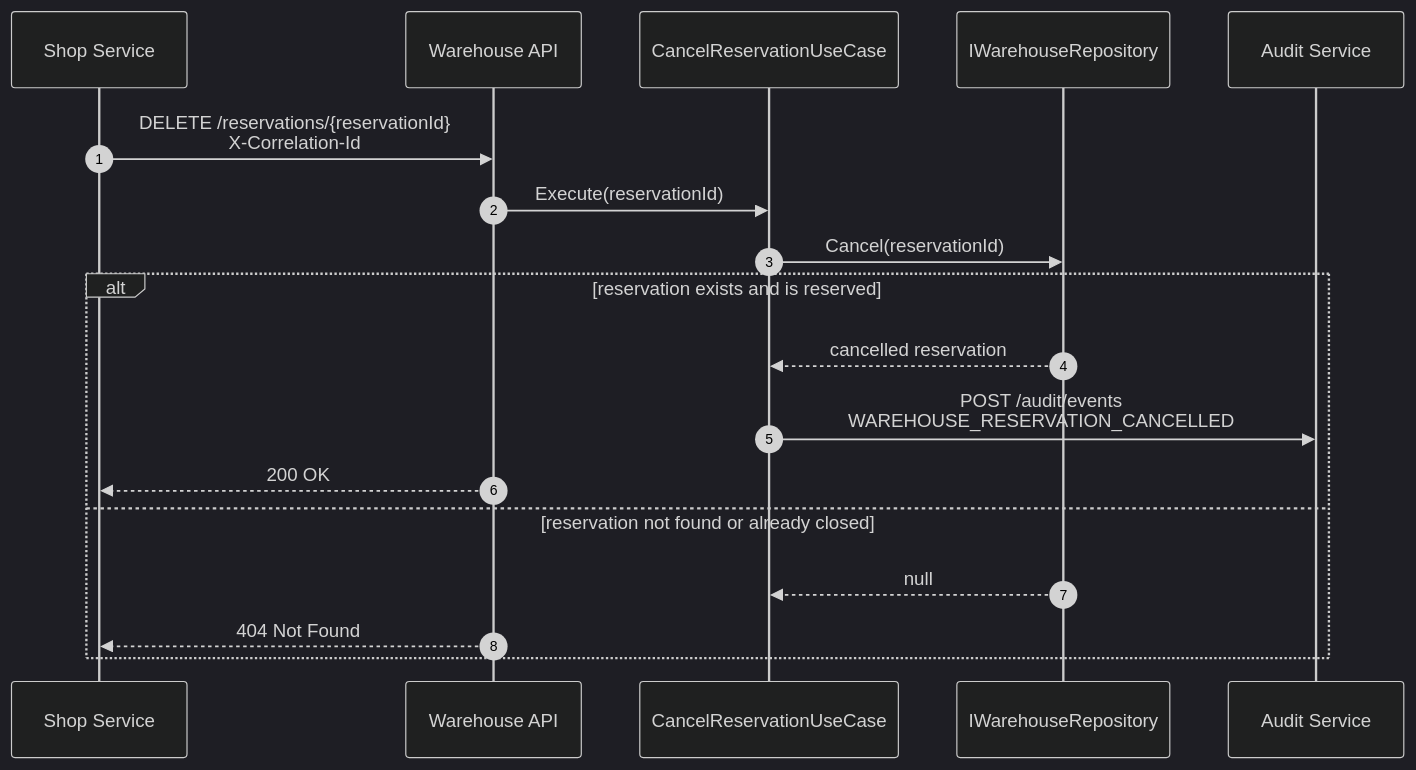
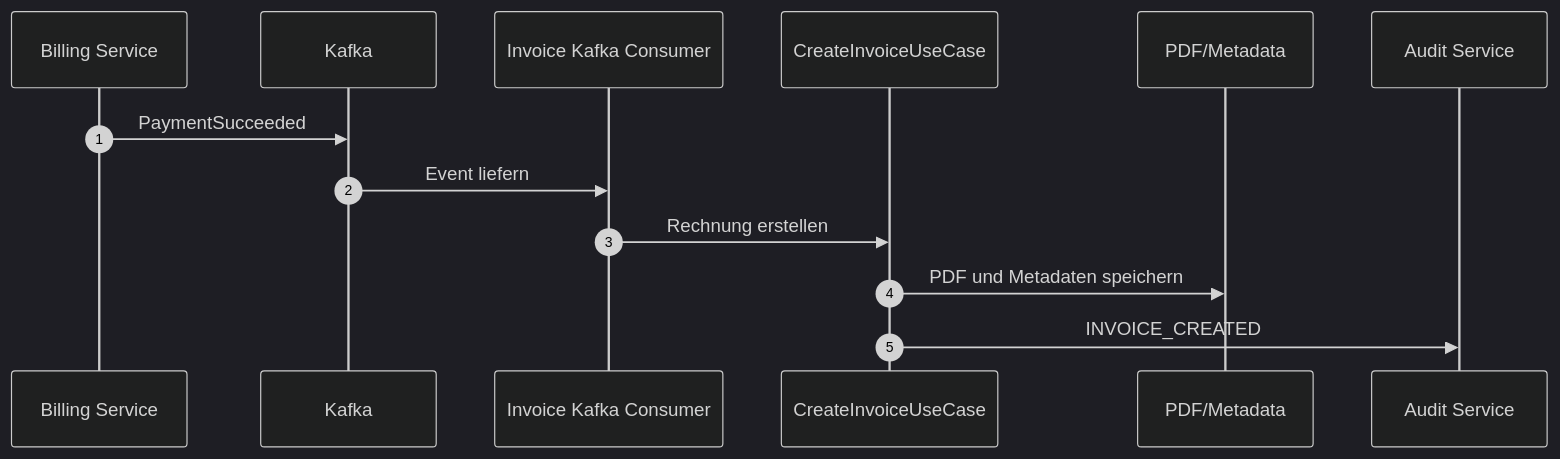
Before and after one commit to Abdelwadoud-Mabrouk/vse-microservice-online-shop: the seventh of 8 diagrams in docs/dotnet-services-diagrams.md, drawn with Mermaid (dark theme). The commit also changed other lines of this file and 123 other files, not shown here.

Commit message:
Improve dotnet services architecture and docs

````diff
--- a/docs/dotnet-services-diagrams.md
+++ b/docs/dotnet-services-diagrams.md
@@ -220,22 +164,16 @@
 ```mermaid
 sequenceDiagram
     autonumber
-    participant Shop as Shop Service
-    participant WHApi as Warehouse API
-    participant UseCase as CancelReservationUseCase
-    participant Repo as IWarehouseRepository
+    participant Billing as Billing Service
+    participant Kafka as Kafka
+    participant Consumer as Invoice Kafka Consumer
+    participant UseCase as CreateInvoiceUseCase
+    participant Files as PDF/Metadata
     participant Audit as Audit Service
 
-    Shop->>WHApi: DELETE /reservations/{reservationId}<br/>X-Correlation-Id
-    WHApi->>UseCase: Execute(reservationId)
-    UseCase->>Repo: Cancel(reservationId)
-
-    alt reservation exists and is reserved
-        Repo-->>UseCase: cancelled reservation
-        UseCase->>Audit: POST /audit/events<br/>WAREHOUSE_RESERVATION_CANCELLED
-        WHApi-->>Shop: 200 OK
-    else reservation not found or already closed
-        Repo-->>UseCase: null
-        WHApi-->>Shop: 404 Not Found
-    end
+    Billing->>Kafka: PaymentSucceeded
+    Kafka->>Consumer: Event liefern
+    Consumer->>UseCase: Rechnung erstellen
+    UseCase->>Files: PDF und Metadaten speichern
+    UseCase->>Audit: INVOICE_CREATED
 ```
````
